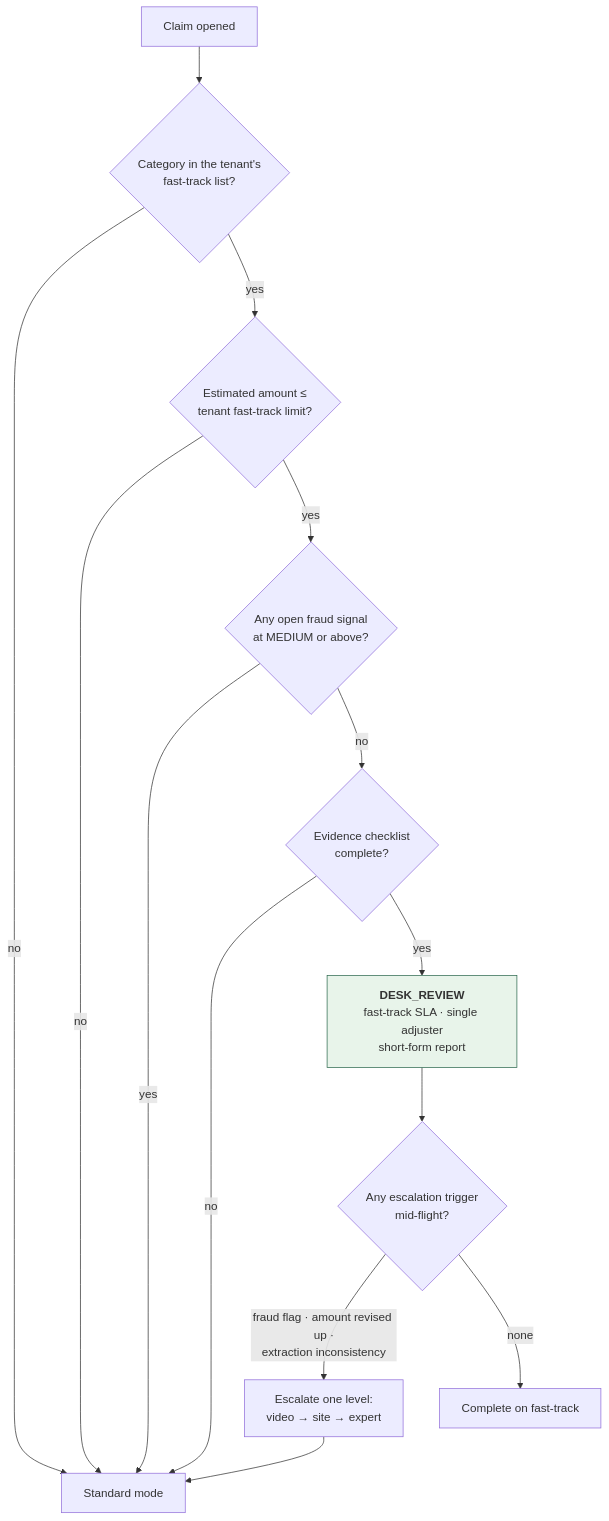
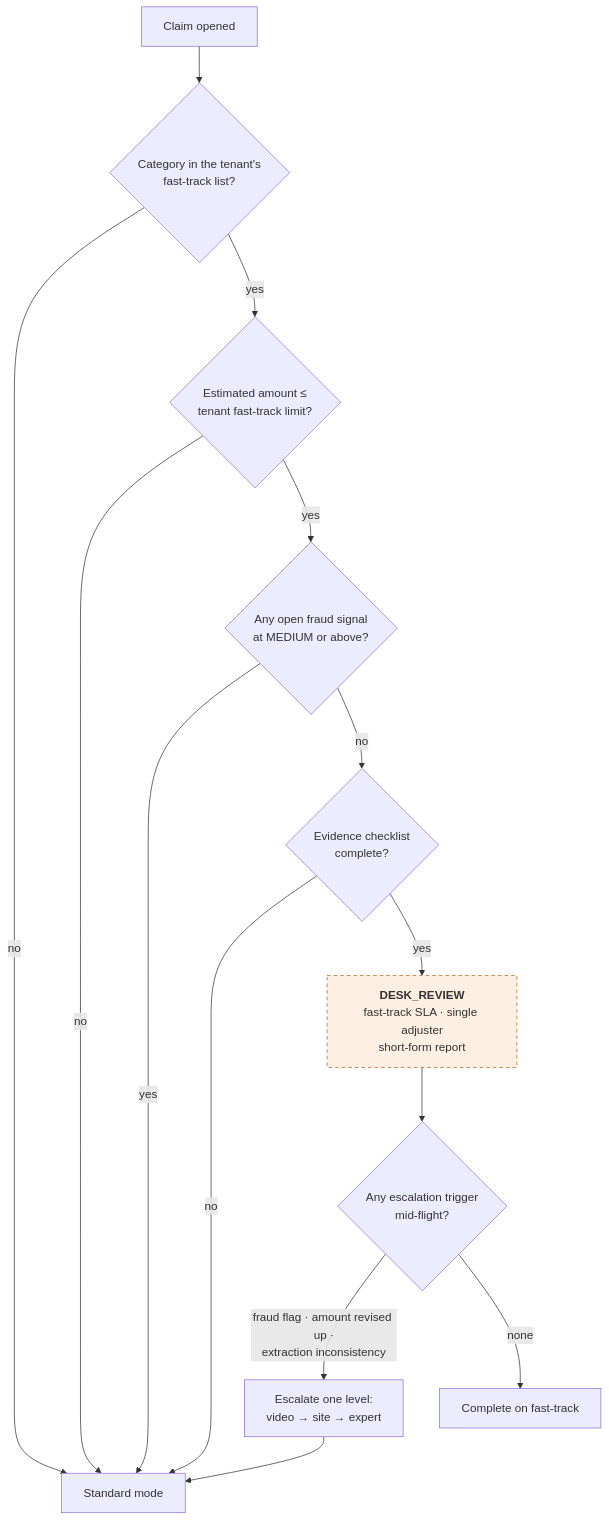
One commit to leobarcove/true-claim-insight changed the tenth of 11 diagrams in docs/USER_FLOWS.md. Above: the diagram before and after it, drawn with Mermaid. The commit also changed other lines of this file and 1 other file, not shown here.

First line of the commit message:
docs: correct four flow discrepancies against the codebase

````diff
--- a/docs/USER_FLOWS.md
+++ b/docs/USER_FLOWS.md
@@ -439,19 +457,19 @@
 ```mermaid
 flowchart TD
     IN["Claim opened"] --> C1{"Category in the tenant's<br/>fast-track list?"}
     C1 -->|no| STD["Standard mode"]
     C1 -->|yes| C2{"Estimated amount ≤<br/>tenant fast-track limit?"}
     C2 -->|no| STD
     C2 -->|yes| C3{"Any open fraud signal<br/>at MEDIUM or above?"}
     C3 -->|yes| STD
     C3 -->|no| C4{"Evidence checklist<br/>complete?"}
     C4 -->|no| STD
     C4 -->|yes| FAST["<b>DESK_REVIEW</b><br/>fast-track SLA · single adjuster<br/>short-form report"]
 
     FAST --> TRIG{"Any escalation trigger<br/>mid-flight?"}
     TRIG -->|"fraud flag · amount revised up ·<br/>extraction inconsistency"| UP["Escalate one level:<br/>video → site → expert"]
     TRIG -->|none| OUT["Complete on fast-track"]
     UP --> STD
 
-    style FAST fill:#e8f4ea,stroke:#2d6a4f
+    style FAST fill:#fdf0e3,stroke:#b5651d,stroke-dasharray:5 4
 ```
````
